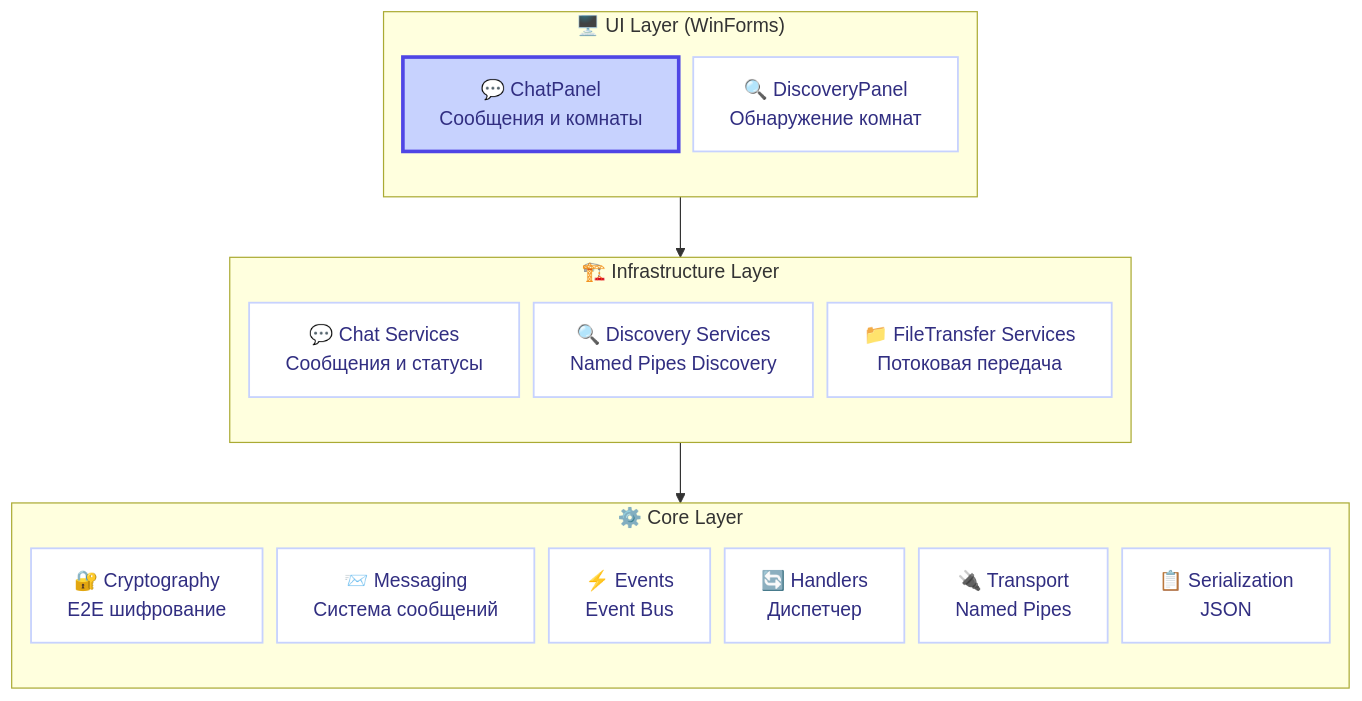
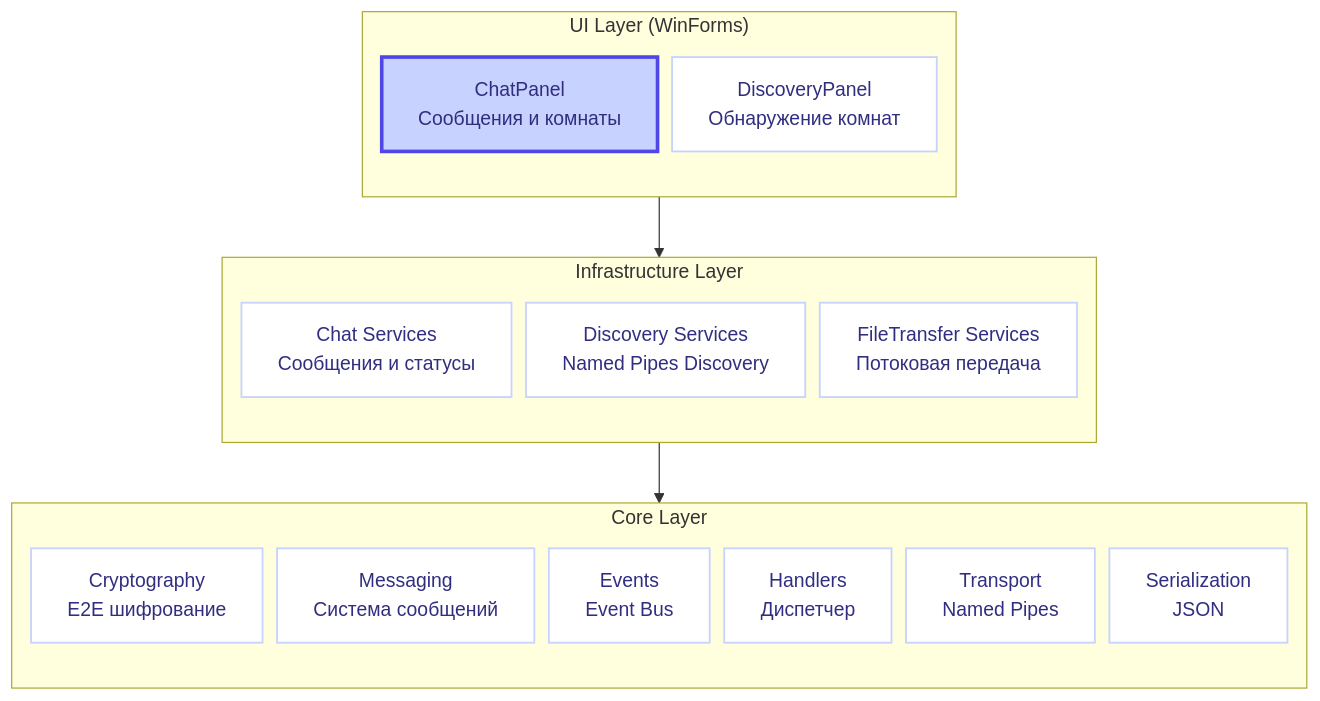
Before and after one commit to CasCadeVR/MIN: the first of 3 diagrams in README.ru.md, drawn with Mermaid. The commit also changed other lines of this file and 1 other file, not shown here.

````diff
--- a/README.ru.md
+++ b/README.ru.md
@@ -48,41 +48,41 @@
 ```mermaid
 flowchart TB
     %%{init: {'flowchart': {'nodeSpacing': 12}}}%%
     classDef uiLayer fill:#dbeafe,stroke:#3b82f6,stroke-width:2px,color:#1e40af
     classDef infraLayer fill:#e0e7ff,stroke:#4f46e5,stroke-width:2px,color:#3730a3
     classDef coreLayer fill:#ede9fe,stroke:#7c3aed,stroke-width:2px,color:#5b21b6
     classDef component fill:#ffffff,stroke:#c7d2fe,stroke-width:1.5px,color:#312e81
     classDef highlight fill:#c7d2fe,stroke:#4f46e5,stroke-width:3px,color:#312e81
     
-    subgraph UI["🖥️ UI Layer (WinForms)"]
+    subgraph UI["UI Layer (WinForms)"]
         direction TB
-        A["💬 ChatPanel<br>Сообщения и комнаты"]
-        B["🔍 DiscoveryPanel<br>Обнаружение комнат"]
+        A["ChatPanel<br>Сообщения и комнаты"]
+        B["DiscoveryPanel<br>Обнаружение комнат"]
     end
     
-    subgraph INF["🏗️ Infrastructure Layer"]
+    subgraph INF["Infrastructure Layer"]
         direction TB
-        C["💬 Chat Services<br>Сообщения и статусы"]
-        D["🔍 Discovery Services<br>Named Pipes Discovery"]
-        E["📁 FileTransfer Services<br>Потоковая передача"]
+        C["Chat Services<br>Сообщения и статусы"]
+        D["Discovery Services<br>Named Pipes Discovery"]
+        E["FileTransfer Services<br>Потоковая передача"]
     end
     
-    subgraph CORE["⚙️ Core Layer"]
+    subgraph CORE["Core Layer"]
         direction TB
-        F["🔐 Cryptography<br>E2E шифрование"]
-        G["📨 Messaging<br>Система сообщений"]
-        H["⚡ Events<br>Event Bus"]
-        I["🔄 Handlers<br>Диспетчер"]
-        J["🔌 Transport<br>Named Pipes"]
-        K["📋 Serialization<br>JSON"]
+        F["Cryptography<br>E2E шифрование"]
+        G["Messaging<br>Система сообщений"]
+        H["Events<br>Event Bus"]
+        I["Handlers<br>Диспетчер"]
+        J["Transport<br>Named Pipes"]
+        K["Serialization<br>JSON"]
     end
     
     class A highlight;
     class B,C,D,E,F,G,H,I,J,K component
     class UI uiLayer;
     class INF infraLayer;
     class CORE coreLayer
     
     UI --> INF
     INF --> CORE
 ```
````
